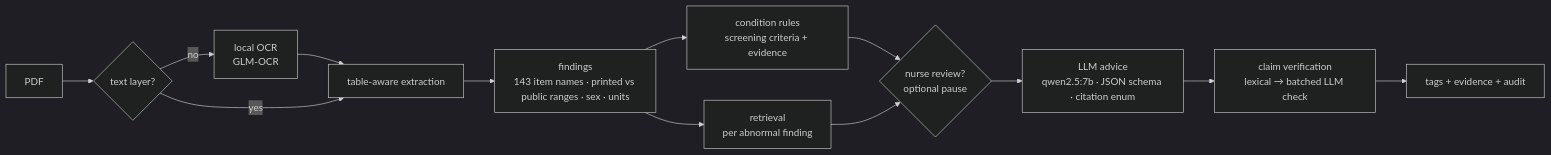
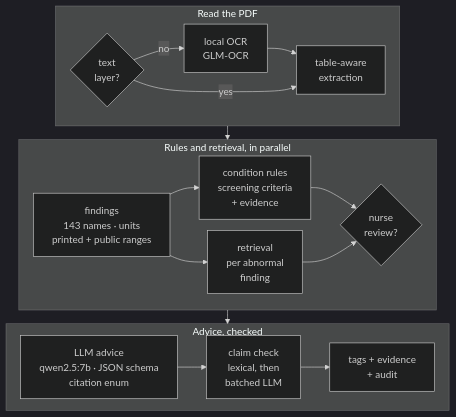
The second of 2 diagrams in README.md (Washyu0826/health-report-reader), drawn with Mermaid (dark theme) before and after one commit. The commit also changed other lines of this file and 1 other file, not shown here.

Commit message:
README: readable flowcharts on GitHub, shorter code lines, top-aligned screens

````diff
--- a/README.md
+++ b/README.md
@@ -111,14 +117,19 @@
 ```mermaid
-flowchart LR
-    A[PDF] --> B{text layer?}
-    B -- no --> O[local OCR<br/>GLM-OCR] --> C
-    B -- yes --> C[table-aware extraction]
-    C --> D[findings<br/>143 item names · printed vs public ranges · sex · units]
-    D --> E[condition rules<br/>screening criteria + evidence]
-    D --> F[retrieval<br/>per abnormal finding]
-    E --> R{nurse review?<br/>optional pause}
-    F --> R
-    R --> G[LLM advice<br/>qwen2.5:7b · JSON schema · citation enum]
-    G --> H[claim verification<br/>lexical → batched LLM check]
-    H --> I[tags + evidence + audit]
+%%{init: {"flowchart": {"rankSpacing": 22, "nodeSpacing": 18}}}%%
+flowchart TB
+    subgraph X ["Read the PDF"]
+        direction LR
+        B{text<br/>layer?} -- no --> O[local OCR<br/>GLM-OCR] --> C
+        B -- yes --> C[table-aware<br/>extraction]
+    end
+    subgraph Y ["Rules and retrieval, in parallel"]
+        direction LR
+        D[findings<br/>143 names · units<br/>printed + public ranges] --> E[condition rules<br/>screening criteria<br/>+ evidence] & F[retrieval<br/>per abnormal<br/>finding]
+        E & F --> R{nurse<br/>review?}
+    end
+    subgraph Z ["Advice, checked"]
+        direction LR
+        G[LLM advice<br/>qwen2.5:7b · JSON schema<br/>citation enum] --> H[claim check<br/>lexical, then<br/>batched LLM] --> I[tags + evidence<br/>+ audit]
+    end
+    X --> Y --> Z
 ```
````
